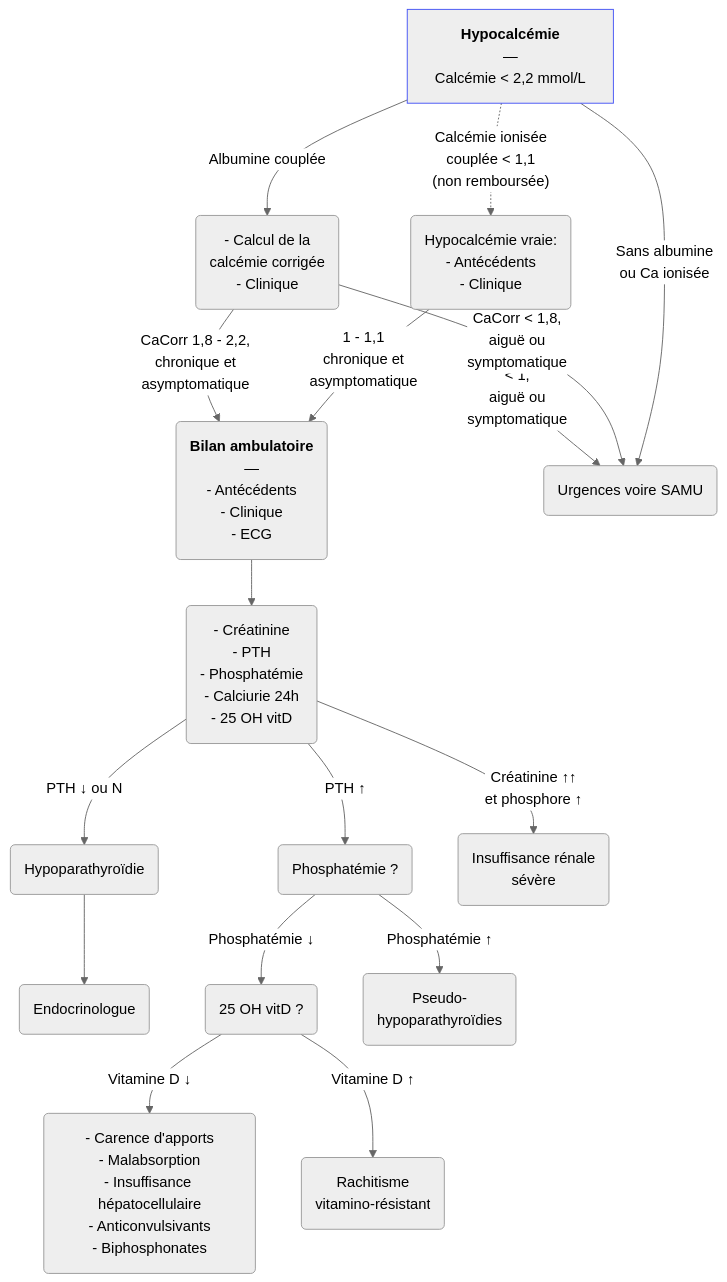
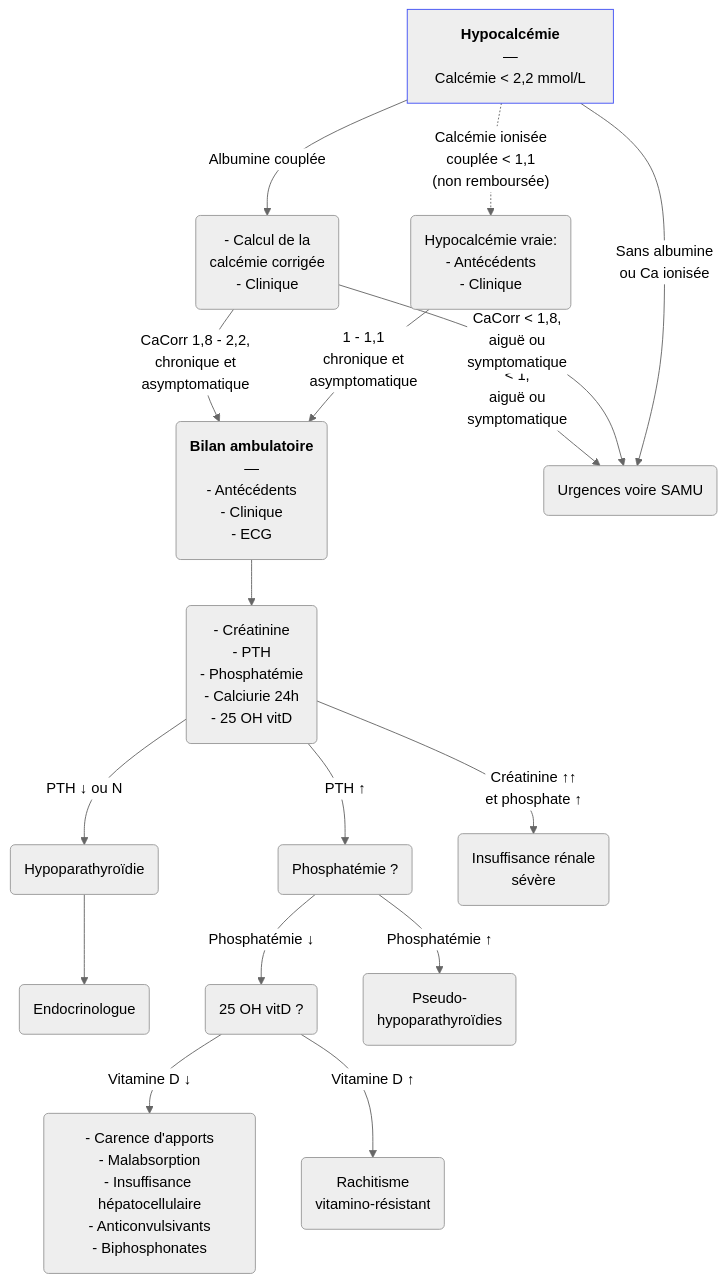
Before and after one commit to djibe/recommandations-medicales: the diagram in content/recommandations/hypocalcemie.md, drawn with Mermaid (neutral theme). The commit also changed other lines of this file and 8 other files, not shown here.

```diff
--- a/content/recommandations/hypocalcemie.md
+++ b/content/recommandations/hypocalcemie.md
@@ -194,14 +194,14 @@
 {{< mermaid title="Prise en charge d'une hypocalcémie par le médecin généraliste. Dr JB Fron d'après Collèges" >}}
 graph TB
   hypocalcémie["<b>Hypocalcémie</b><br>—<br>Calcémie &lt; 2,2 mmol/L"] -- Albumine couplée --> corrigée("- Calcul de la <br>calcémie corrigée<br>- Clinique") -- "CaCorr 1,8 - 2,2,<br>chronique et<br>asymptomatique" --> ambulatoire("<b>Bilan ambulatoire</b><br>—<br>- Antécédents<br>- Clinique<br>- ECG") --> bilan("- Créatinine<br>- PTH<br>- Phosphatémie<br>- Calciurie 24h<br>- 25 OH vitD") -- "PTH ↓ ou N" --> hypoparathyroïdie(Hypoparathyroïdie) --> endocrinologue(Endocrinologue)
   bilan -- PTH ↑ --> phosphatémie("Phosphatémie ?")
-    bilan -- "Créatinine ↑↑<br>et phosphore ↑" --> insuffisance("Insuffisance rénale<br>sévère")
+    bilan -- "Créatinine ↑↑<br>et phosphate ↑" --> insuffisance("Insuffisance rénale<br>sévère")
     hypocalcémie -. "Calcémie ionisée<br>couplée &lt; 1,1<br>(non remboursée)" .-> ionisée("Hypocalcémie vraie:<br>- Antécédents<br>- Clinique") -- "&lt; 1,<br>aiguë ou<br>symptomatique" --> urgences("Urgences voire SAMU")
       corrigée -- "CaCorr &lt; 1,8,<br>aiguë ou<br>symptomatique" --> urgences
     hypocalcémie -- "Sans albumine<br>ou Ca ionisée" --> urgences
       ionisée -- "1 - 1,1<br>chronique et<br>asymptomatique" --> ambulatoire
         phosphatémie -- "Phosphatémie ↓" --> vitamineD("25 OH vitD ?") -- "Vitamine D ↓" --> carence("- Carence d'apports<br>- Malabsorption<br>- Insuffisance hépatocellulaire<br>- Anticonvulsivants<br>- Biphosphonates")
         phosphatémie -- "Phosphatémie ↑" --> pseudo-hypoparathyroïdies("Pseudo-<br>hypoparathyroïdies")
           vitamineD -- "Vitamine D ↑" --> rachitisme("Rachitisme<br>vitamino-résistant")
   style hypocalcémie stroke:#4150f5, stroke-width:1px
 {{< /mermaid >}}
```
